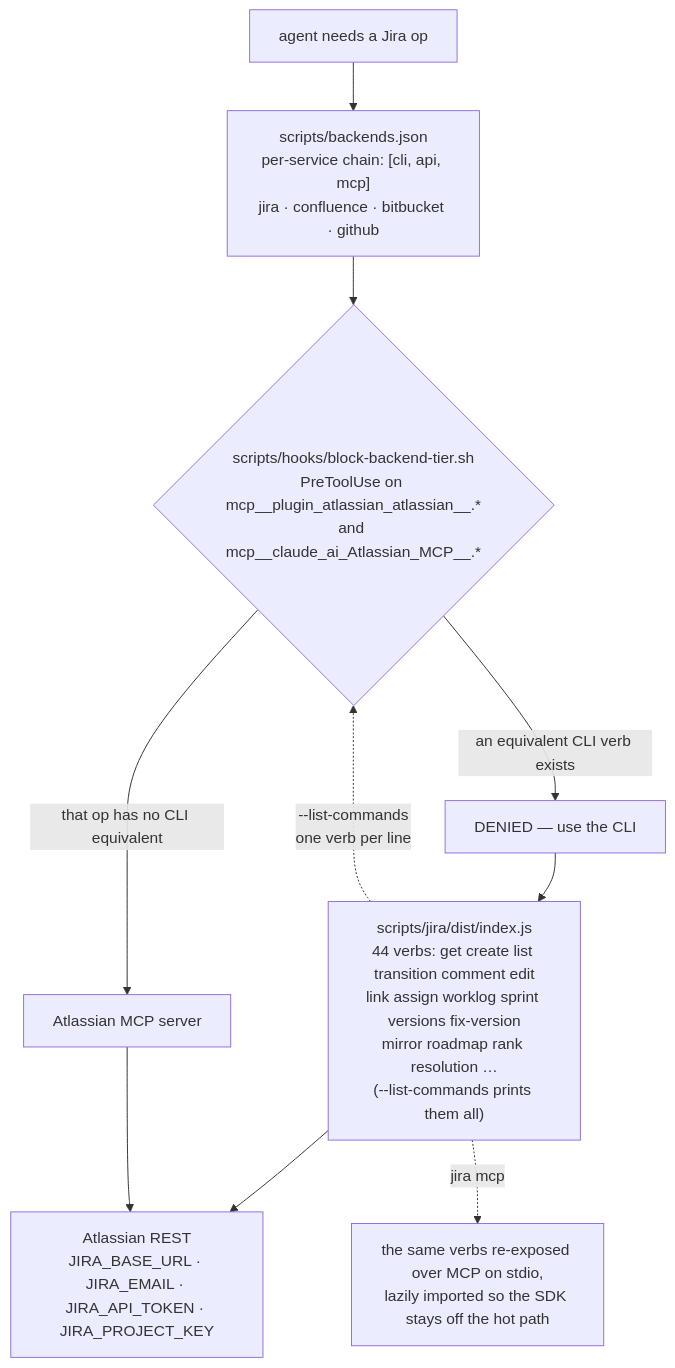
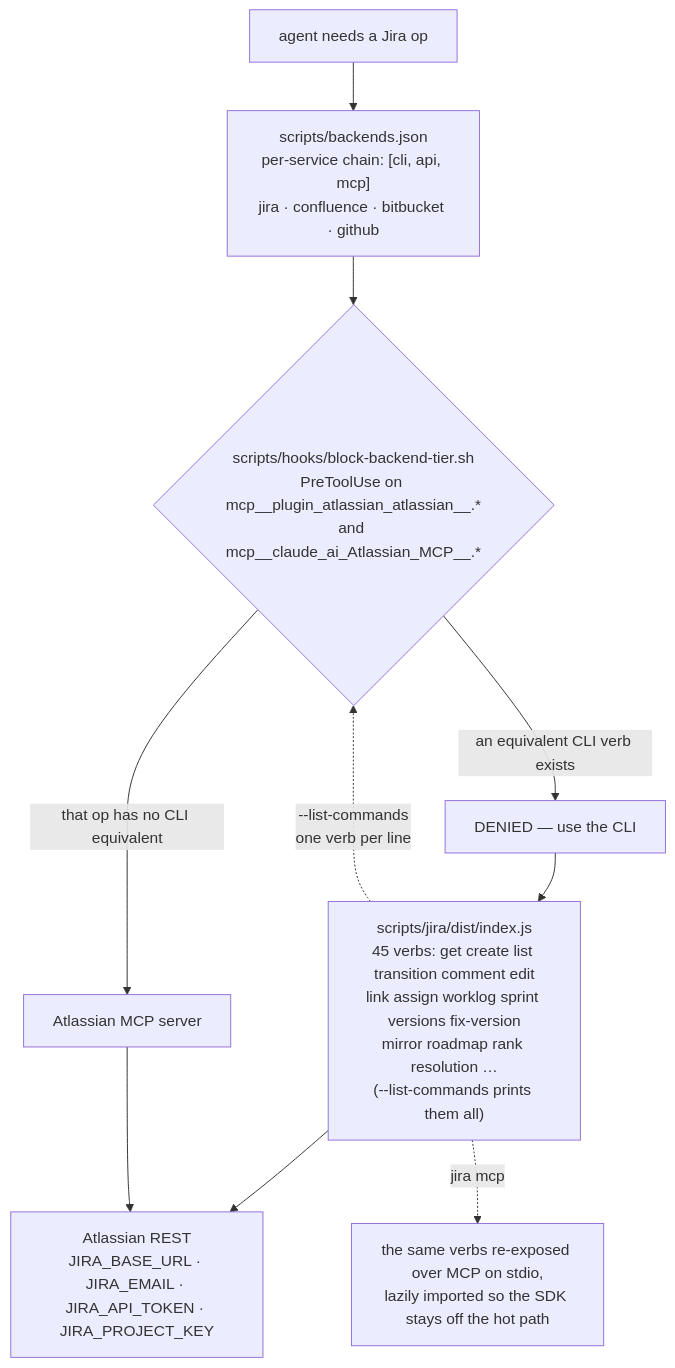
Before and after one commit to yotamleo-org/Himmel: the fourth of 5 diagrams in docs/architecture.md, drawn with Mermaid. The commit also changed other lines of this file and 1 other file, not shown here.

First line of the commit message:
docs(docs-site): [HIMMEL-7480] every diagram names what the code at HEAD has

````diff
--- a/docs/architecture.md
+++ b/docs/architecture.md
@@ -238,17 +238,17 @@
 ```mermaid
 flowchart TD
     INT["agent needs a Jira op"] --> REG["scripts/backends.json<br/>per-service chain: [cli, api, mcp]<br/>jira · confluence · bitbucket · github"]
 
     REG --> BT{"scripts/hooks/block-backend-tier.sh<br/>PreToolUse on mcp__plugin_atlassian_atlassian__.*<br/>and mcp__claude_ai_Atlassian_MCP__.*"}
     BT -->|"an equivalent CLI verb exists"| DENY["DENIED — use the CLI"]
     BT -->|"that op has no CLI equivalent"| MCP["Atlassian MCP server"]
 
-    DENY --> CLI["scripts/jira/dist/index.js<br/>44 verbs: get create list transition comment edit<br/>link assign worklog sprint versions fix-version<br/>mirror roadmap rank resolution …<br/>(--list-commands prints them all)"]
+    DENY --> CLI["scripts/jira/dist/index.js<br/>45 verbs: get create list transition comment edit<br/>link assign worklog sprint versions fix-version<br/>mirror roadmap rank resolution …<br/>(--list-commands prints them all)"]
 
     CLI --> API["Atlassian REST<br/>JIRA_BASE_URL · JIRA_EMAIL · JIRA_API_TOKEN · JIRA_PROJECT_KEY"]
     MCP --> API
 
     CLI -.->|"--list-commands<br/>one verb per line"| BT
 
     CLI -.->|"jira mcp"| SELF["the same verbs re-exposed over MCP on stdio,<br/>lazily imported so the SDK stays off the hot path"]
 ```
````
